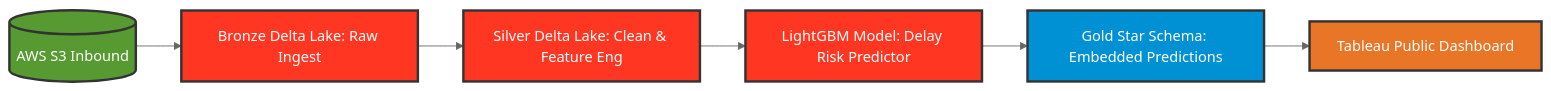
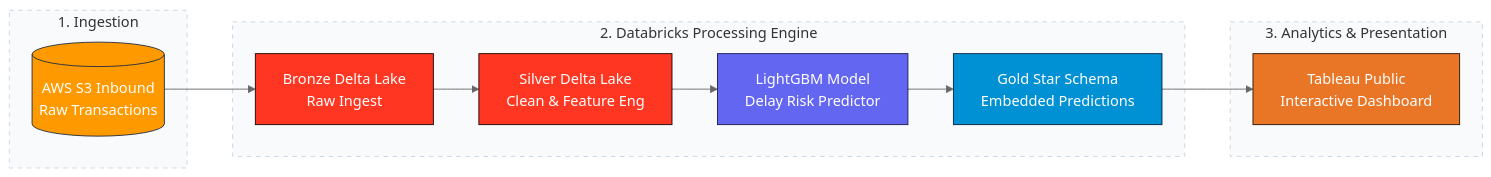
Before and after one commit to Rakishu02/DataCo-Supply-Chain-Analysis: the first of 2 diagrams in README.md, drawn with Mermaid (neutral theme). The commit also changed other lines of this file, not shown here.

````diff
--- a/README.md
+++ b/README.md
@@ -48,15 +48,30 @@
 ```mermaid
-graph LR
-    S3[(AWS S3 Inbound)] --> Bronze[Bronze Delta Lake: Raw Ingest]
-    Bronze --> Silver[Silver Delta Lake: Clean & Feature Eng]
-    Silver --> ML[LightGBM Model: Delay Risk Predictor]
-    ML --> Gold[Gold Star Schema: Embedded Predictions]
-    Gold --> Tableau[Tableau Public Dashboard]
+flowchart LR
+    subgraph Ingestion [1. Ingestion]
+        S3[(AWS S3 Inbound <br> Raw Transactions)]
+    end
     
-    style S3 fill:#569A31,stroke:#333,stroke-width:2pt,color:#fff
-    style Bronze fill:#FF3621,stroke:#333,stroke-width:2pt,color:#fff
-    style Silver fill:#FF3621,stroke:#333,stroke-width:2pt,color:#fff
-    style ML fill:#FF3621,stroke:#333,stroke-width:2pt,color:#fff
-    style Gold fill:#0091D5,stroke:#333,stroke-width:2pt,color:#fff
-    style Tableau fill:#E97627,stroke:#333,stroke-width:2pt,color:#fff
+    subgraph Engine [2. Databricks Processing Engine]
+        Bronze[Bronze Delta Lake <br> Raw Ingest] --> Silver[Silver Delta Lake <br> Clean & Feature Eng]
+        Silver --> ML[LightGBM Model <br> Delay Risk Predictor]
+        ML --> Gold[Gold Star Schema <br> Embedded Predictions]
+    end
+    
+    subgraph Reporting [3. Analytics & Presentation]
+        Tableau[Tableau Public <br> Interactive Dashboard]
+    end
+    
+    S3 --> Bronze
+    Gold --> Tableau
+    
+    style Ingestion fill:#F8FAFC,stroke:#CBD5E1,stroke-width:1px,stroke-dasharray: 5 5
+    style Engine fill:#F8FAFC,stroke:#CBD5E1,stroke-width:1px,stroke-dasharray: 5 5
+    style Reporting fill:#F8FAFC,stroke:#CBD5E1,stroke-width:1px,stroke-dasharray: 5 5
+    
+    style S3 fill:#FF9900,stroke:#232F3E,stroke-width:1px,color:#fff
+    style Bronze fill:#FF3621,stroke:#1A0805,stroke-width:1px,color:#fff
+    style Silver fill:#FF3621,stroke:#1A0805,stroke-width:1px,color:#fff
+    style ML fill:#6366F1,stroke:#1E1B4B,stroke-width:1px,color:#fff
+    style Gold fill:#0091D5,stroke:#0A2540,stroke-width:1px,color:#fff
+    style Tableau fill:#E97627,stroke:#2D1505,stroke-width:1px,color:#fff
 ```
````
